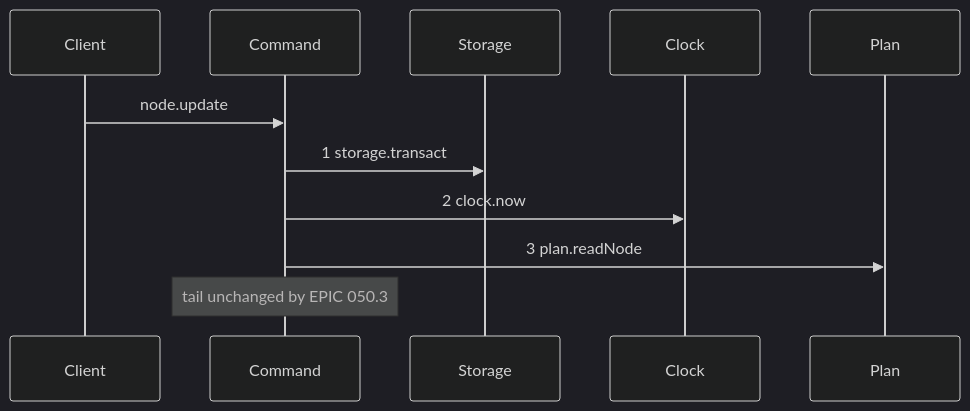
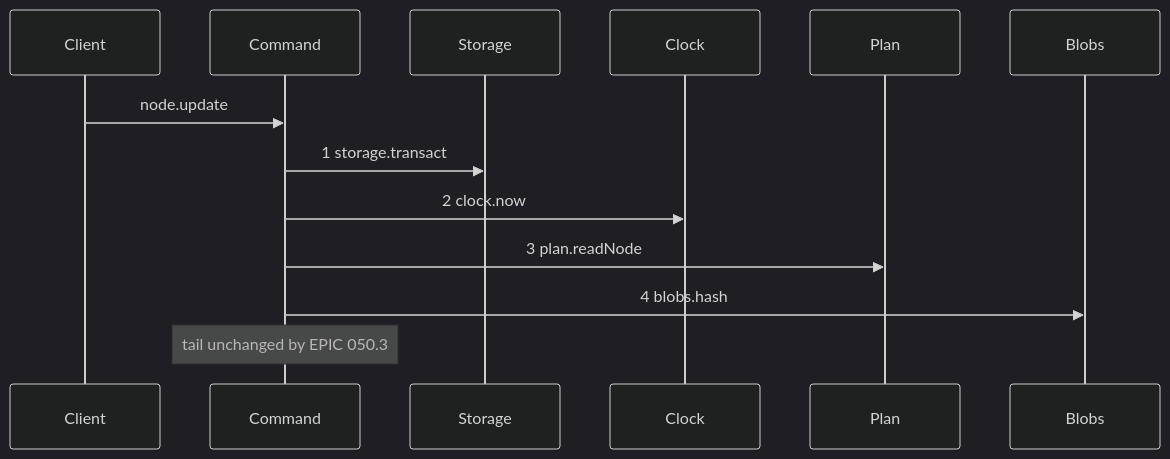
The first of 2 diagrams in .agents/plan/stories/050.3-the-plan-write-guard/03-the-update-node-guard.md (kanthorlabs/kanthord-engine), drawn with Mermaid (dark theme) before and after one commit. The commit also changed other lines of this file and 52 other files, not shown here.

````diff
--- a/.agents/plan/stories/050.3-the-plan-write-guard/03-the-update-node-guard.md
+++ b/.agents/plan/stories/050.3-the-plan-write-guard/03-the-update-node-guard.md
@@ -23,13 +25,15 @@
 ```mermaid
 sequenceDiagram
     participant Client
     participant Command
     participant Storage
     participant Clock
     participant Plan
+    participant Blobs
     Client->>Command: node.update
     Command->>Storage: 1 storage.transact
     Command->>Clock: 2 clock.now
     Command->>Plan: 3 plan.readNode
+    Command->>Blobs: 4 blobs.hash
     note over Command: tail unchanged by EPIC 050.3
 ```
````
